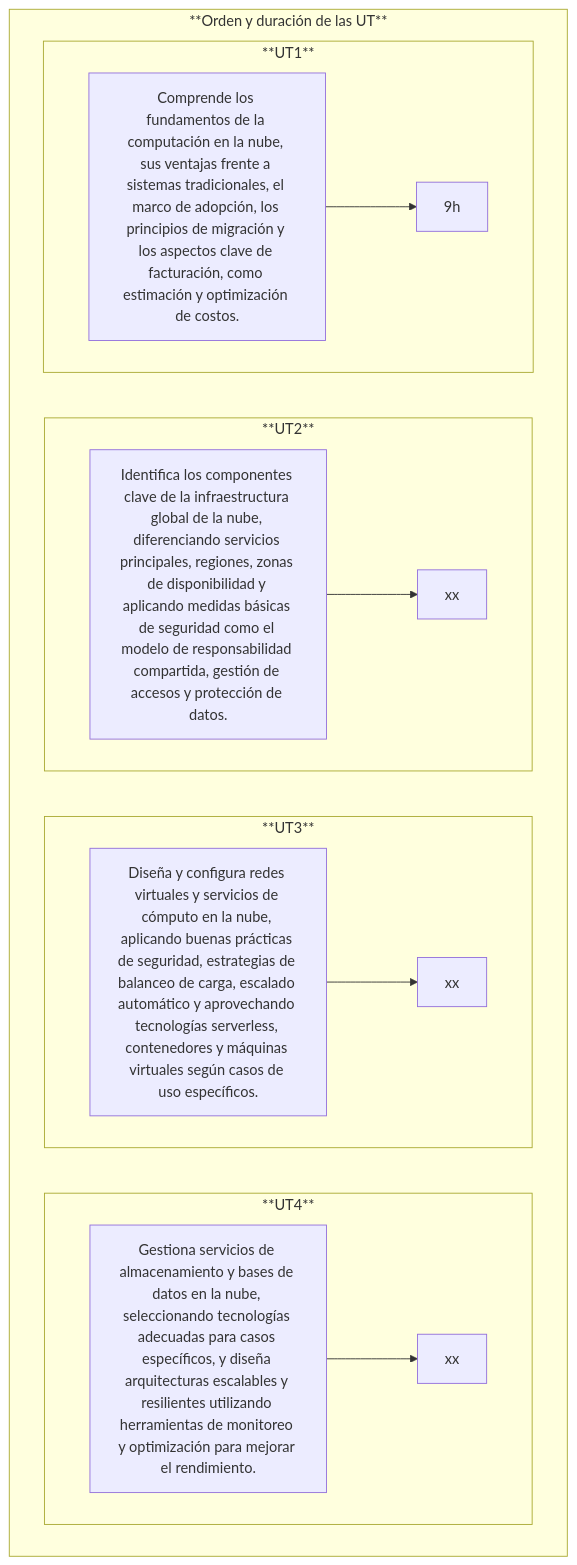
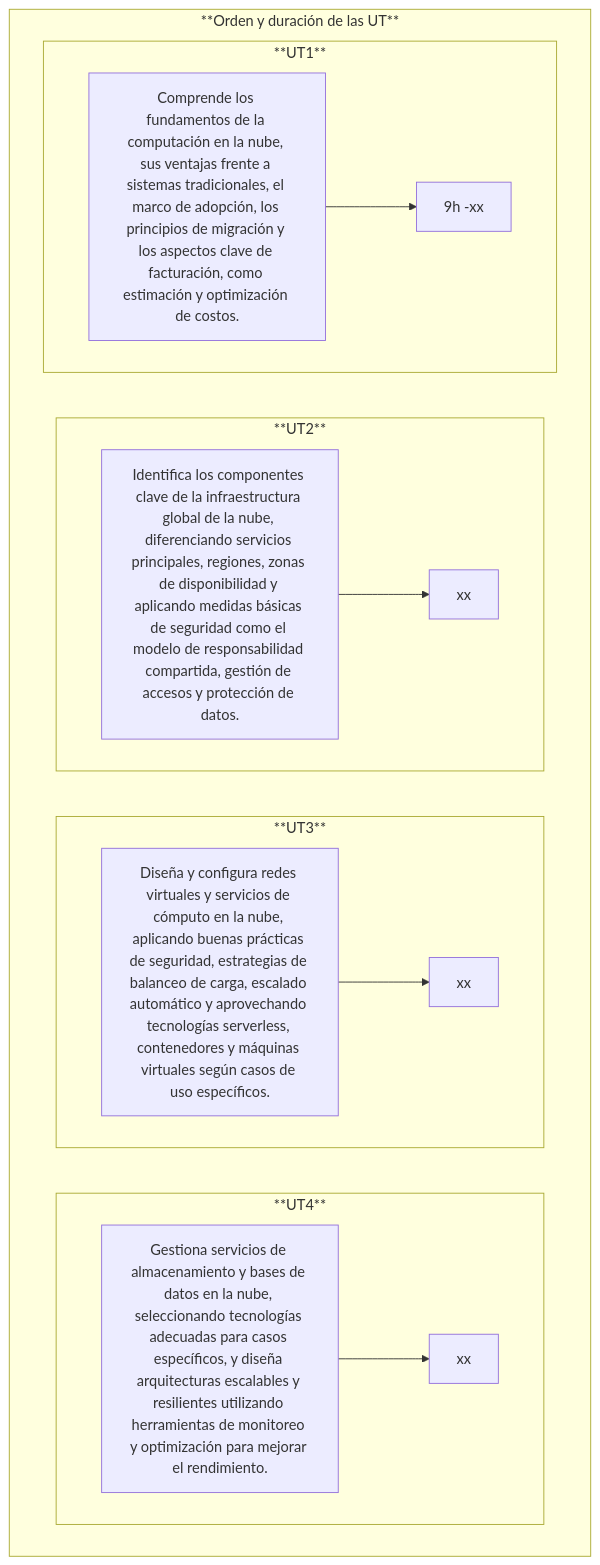
Before and after one commit to javieregeablasco/Apuntes: the diagram in docs/DAW/DAW_2/AWS/UT. 0-Temario.md, drawn with Mermaid. The commit also changed other lines of this file and 2 other files, not shown here.

````diff
--- a/docs/DAW/DAW_2/AWS/UT. 0-Temario.md
+++ b/docs/DAW/DAW_2/AWS/UT. 0-Temario.md
@@ -200,35 +194,35 @@
 ```mermaid
 flowchart TB 
   A["Comprende los fundamentos de la computación en la nube, sus ventajas frente a sistemas tradicionales, el marco de adopción, los principios de migración y los aspectos clave de facturación, como estimación y optimización de costos."]
   B["Identifica los componentes clave de la infraestructura global de la nube, diferenciando servicios principales, regiones, zonas de disponibilidad y aplicando medidas básicas de seguridad como el modelo de responsabilidad compartida, gestión de accesos y protección de datos."]
   C["Diseña y configura redes virtuales y servicios de cómputo en la nube, aplicando buenas prácticas de seguridad, estrategias de balanceo de carga, escalado automático y aprovechando tecnologías serverless, contenedores y máquinas virtuales según casos de uso específicos."]
   D["Gestiona servicios de almacenamiento y bases de datos en la nube, seleccionando tecnologías adecuadas para casos específicos, y diseña arquitecturas escalables y resilientes utilizando herramientas de monitoreo y optimización para mejorar el rendimiento."]
-  AA["9h"]
+  AA["9h -xx"]
   BB["xx"]
   CC["xx"]
   DD["xx"]
     
   subgraph **Orden y duración de las UT**
 
     subgraph **UT4**  
       direction LR
       D --> DD
     end
     
     subgraph **UT3**  
       direction LR
       C --> CC
     end
 
     subgraph **UT2** 
       direction LR
       B --> BB
     end  
 
     subgraph **UT1** 
       direction LR
       A --> AA
     end
 
   end
 ```
````
